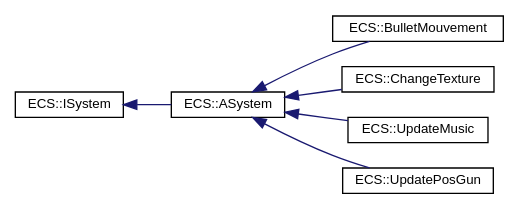
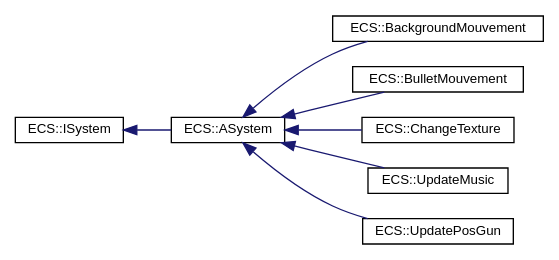
The diagram in inherit_graph_25.dot (TerryMazzoni/RTypeMirror), drawn with Graphviz before and after one commit. The commit also changed 68 other files, not shown here.

```diff
--- a/inherit_graph_25.dot
+++ b/inherit_graph_25.dot
@@ -1,18 +1,20 @@
 digraph "Graphical Class Hierarchy"
 {
  // LATEX_PDF_SIZE
   edge [fontname="Helvetica",fontsize="10",labelfontname="Helvetica",labelfontsize="10"];
   node [fontname="Helvetica",fontsize="10",shape=record];
   rankdir="LR";
   Node0 [label="ECS::ISystem",height=0.2,width=0.4,color="black", fillcolor="white", style="filled",URL="$classECS_1_1ISystem.html",tooltip=" "];
   Node0 -> Node1 [dir="back",color="midnightblue",fontsize="10",style="solid",fontname="Helvetica"];
   Node1 [label="ECS::ASystem",height=0.2,width=0.4,color="black", fillcolor="white", style="filled",URL="$classECS_1_1ASystem.html",tooltip=" "];
   Node1 -> Node2 [dir="back",color="midnightblue",fontsize="10",style="solid",fontname="Helvetica"];
-  Node2 [label="ECS::BulletMouvement",height=0.2,width=0.4,color="black", fillcolor="white", style="filled",URL="$classECS_1_1BulletMouvement.html",tooltip=" "];
+  Node2 [label="ECS::BackgroundMouvement",height=0.2,width=0.4,color="black", fillcolor="white", style="filled",URL="$classECS_1_1BackgroundMouvement.html",tooltip=" "];
   Node1 -> Node3 [dir="back",color="midnightblue",fontsize="10",style="solid",fontname="Helvetica"];
-  Node3 [label="ECS::ChangeTexture",height=0.2,width=0.4,color="black", fillcolor="white", style="filled",URL="$classECS_1_1ChangeTexture.html",tooltip=" "];
+  Node3 [label="ECS::BulletMouvement",height=0.2,width=0.4,color="black", fillcolor="white", style="filled",URL="$classECS_1_1BulletMouvement.html",tooltip=" "];
   Node1 -> Node4 [dir="back",color="midnightblue",fontsize="10",style="solid",fontname="Helvetica"];
-  Node4 [label="ECS::UpdateMusic",height=0.2,width=0.4,color="black", fillcolor="white", style="filled",URL="$classECS_1_1UpdateMusic.html",tooltip=" "];
+  Node4 [label="ECS::ChangeTexture",height=0.2,width=0.4,color="black", fillcolor="white", style="filled",URL="$classECS_1_1ChangeTexture.html",tooltip=" "];
   Node1 -> Node5 [dir="back",color="midnightblue",fontsize="10",style="solid",fontname="Helvetica"];
-  Node5 [label="ECS::UpdatePosGun",height=0.2,width=0.4,color="black", fillcolor="white", style="filled",URL="$classECS_1_1UpdatePosGun.html",tooltip=" "];
+  Node5 [label="ECS::UpdateMusic",height=0.2,width=0.4,color="black", fillcolor="white", style="filled",URL="$classECS_1_1UpdateMusic.html",tooltip=" "];
+  Node1 -> Node6 [dir="back",color="midnightblue",fontsize="10",style="solid",fontname="Helvetica"];
+  Node6 [label="ECS::UpdatePosGun",height=0.2,width=0.4,color="black", fillcolor="white", style="filled",URL="$classECS_1_1UpdatePosGun.html",tooltip=" "];
 }
```
